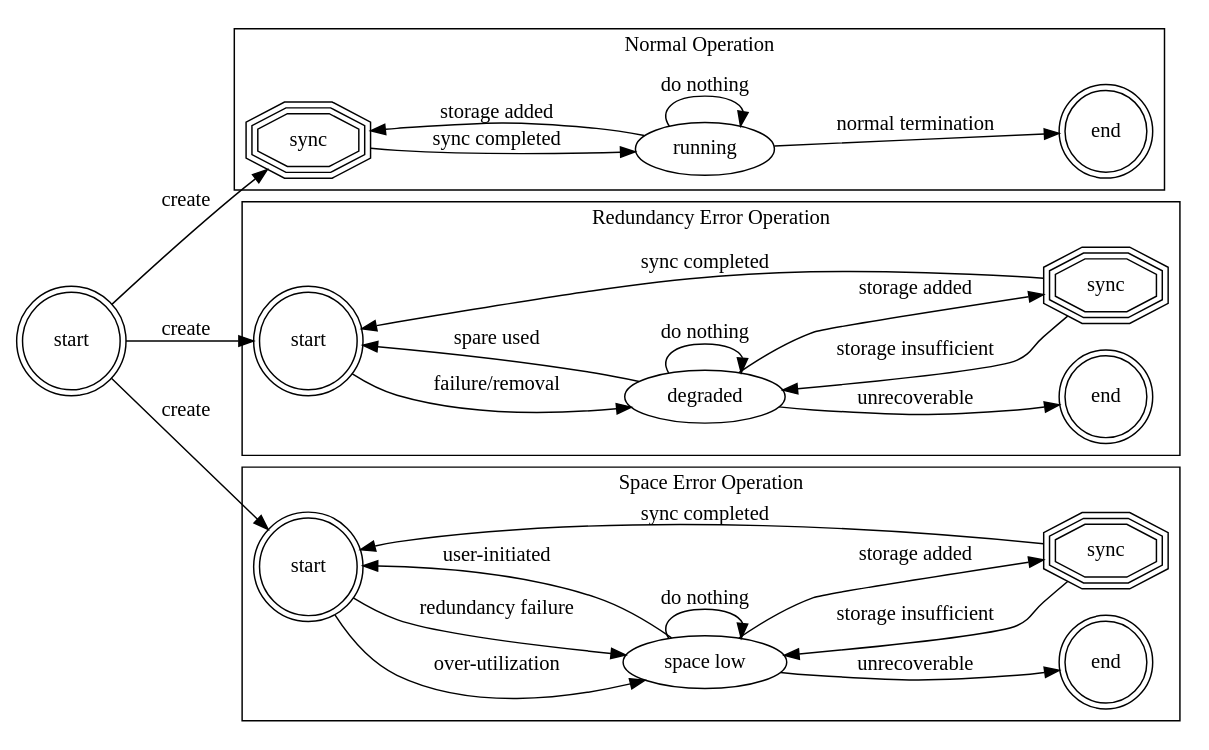
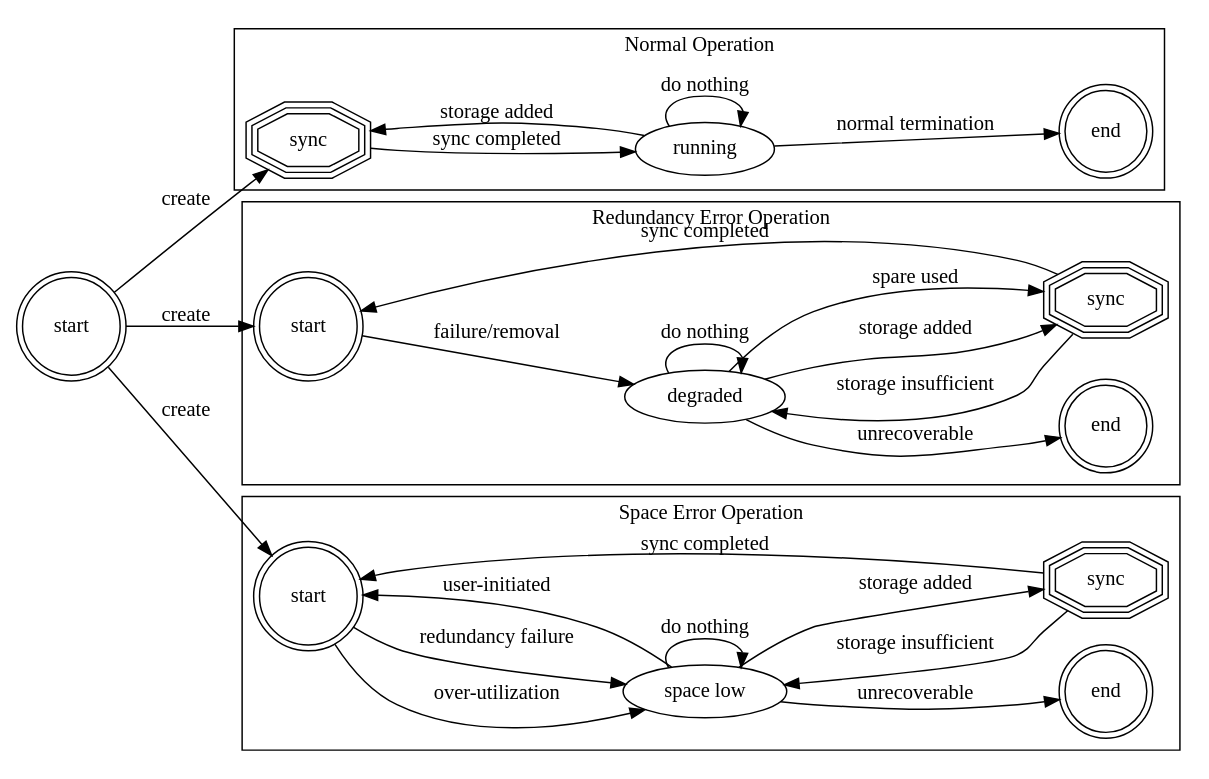
The diagram in images/fsm.dot (stratis-storage/stratis-docs), drawn with Graphviz before and after one commit.

Commit message:
Using a spare when degraded requires sync
The spare disk needs to be initialized based upon the data in the other
disks in the raid.

```diff
--- a/images/fsm.dot
+++ b/images/fsm.dot
@@ -1,63 +1,63 @@
 /*
 * A set of simple state machines illustrating basic stratis operation.
 */
 
 digraph outline {
     rankdir=LR;
 
     "start" [shape="doublecircle"];
 
     "start" -> "sync" [label="create"];
     "start" -> "redundancy start" [label="create"];
     "start" -> "space start" [label="create"];
 
     subgraph cluster0{
         label = "Normal Operation";
 
         "normal end" [label="end", shape=doublecircle];
         "sync" [shape=tripleoctagon];
 
         "sync" -> "running" [label="sync completed"];
 
         "running" -> "sync" [label="storage added"];
         "running" -> "running" [label="do nothing"];
         "running" -> "normal end" [label="normal termination"];
     }
 
     subgraph cluster1 {
         label="Redundancy Error Operation";
 
         "redundancy start" [label="start", shape=doublecircle];
         "redundancy end" [label="end", shape=doublecircle];
         "redundancy sync" [label="sync", shape=tripleoctagon];
 
         "redundancy start" -> "degraded" [label="failure/removal"];
 
         "degraded" -> "degraded" [label="do nothing"];
-        "degraded" -> "redundancy start" [label="spare used"];
+        "degraded" -> "redundancy sync" [label="spare used"];
         "degraded" -> "redundancy sync" [label="storage added"];
         "degraded" -> "redundancy end" [label="unrecoverable"];
 
         "redundancy sync" -> "degraded" [label="storage insufficient"];
         "redundancy sync" -> "redundancy start" [label="sync completed"];
     }
 
     subgraph cluster2 {
         label="Space Error Operation";
 
         "space start" [label="start", shape=doublecircle];
         "space end" [label="end", shape=doublecircle];
         "space sync" [label="sync", shape=tripleoctagon];
 
         "space start" -> "space low" [label="over-utilization"];
         "space start" -> "space low" [label="redundancy failure"];
 
         "space low" -> "space low" [label="do nothing"];
         "space low" -> "space start" [label="user-initiated"];
         "space low" -> "space sync" [label="storage added"];
         "space low" -> "space end" [label="unrecoverable"];
 
         "space sync" -> "space start" [label="sync completed"];
         "space sync" -> "space low" [label="storage insufficient"];
     }
 }
```
